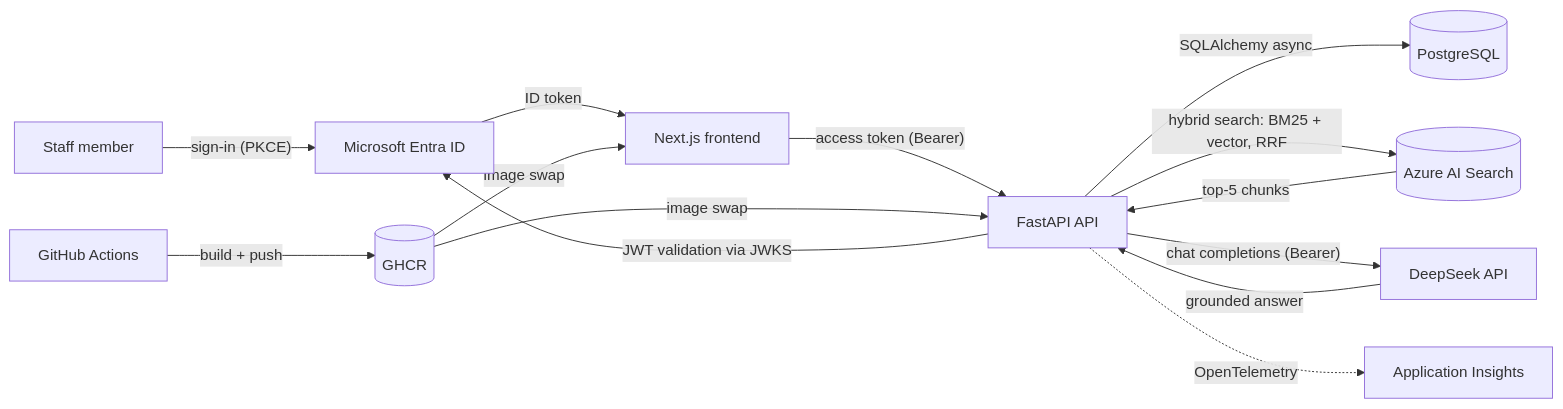
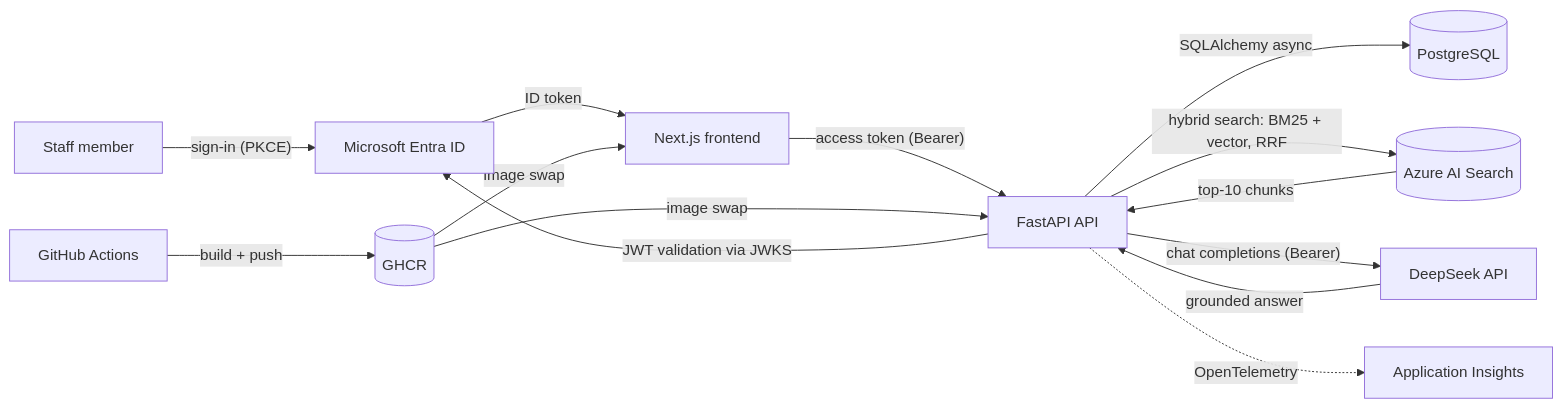
Before and after one commit to mahdiwafi/office-asset-tracker: the diagram in README.md, drawn with Mermaid. The commit also changed 6 other files, not shown here.

````diff
--- a/README.md
+++ b/README.md
@@ -23,16 +23,16 @@
 ```mermaid
 flowchart LR
     Staff[Staff member] -->|"sign-in (PKCE)"| Entra[Microsoft Entra ID]
     Entra -->|ID token| Next[Next.js frontend]
     Next -->|"access token (Bearer)"| API[FastAPI API]
     API -->|"JWT validation via JWKS"| Entra
     API -->|SQLAlchemy async| PG[(PostgreSQL)]
     API -->|"hybrid search: BM25 + vector, RRF"| Search[(Azure AI Search)]
-    Search -->|top-5 chunks| API
+    Search -->|top-10 chunks| API
     API -->|"chat completions (Bearer)"| LLM[DeepSeek API]
     LLM -->|grounded answer| API
     API -.->|OpenTelemetry| Insights[Application Insights]
     Actions[GitHub Actions] -->|build + push| GHCR[(GHCR)]
     GHCR -->|image swap| API
     GHCR -->|image swap| Next
 ```
````
